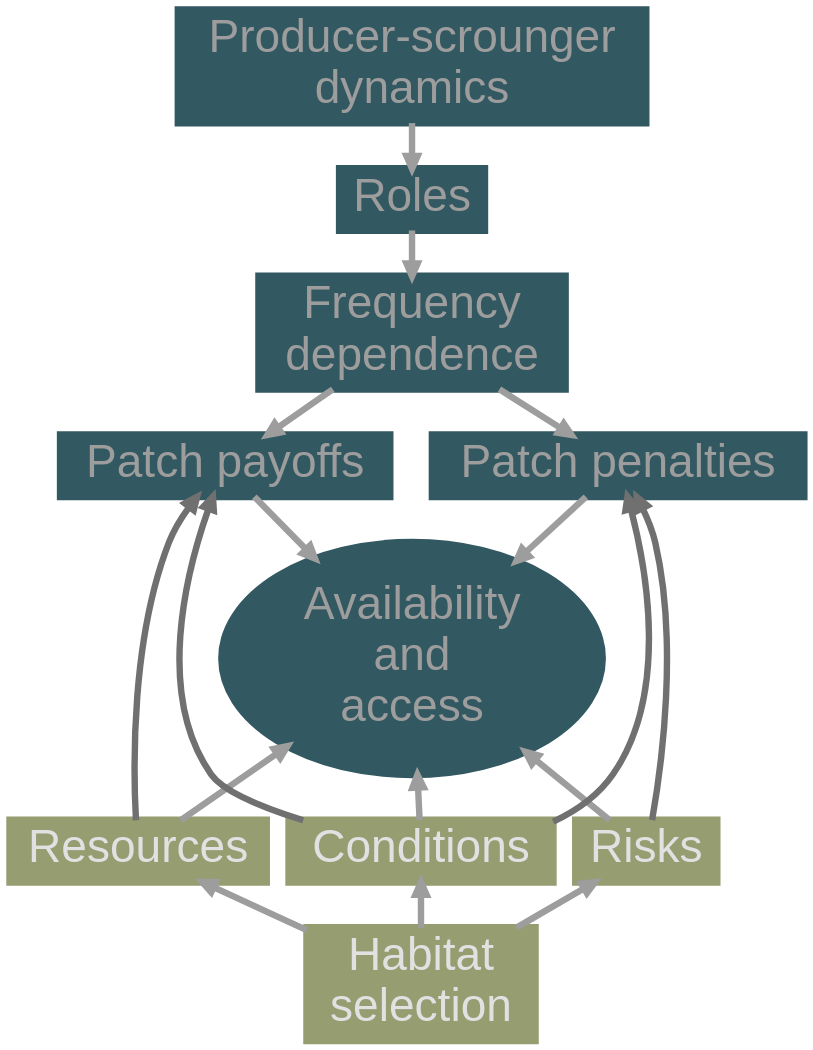
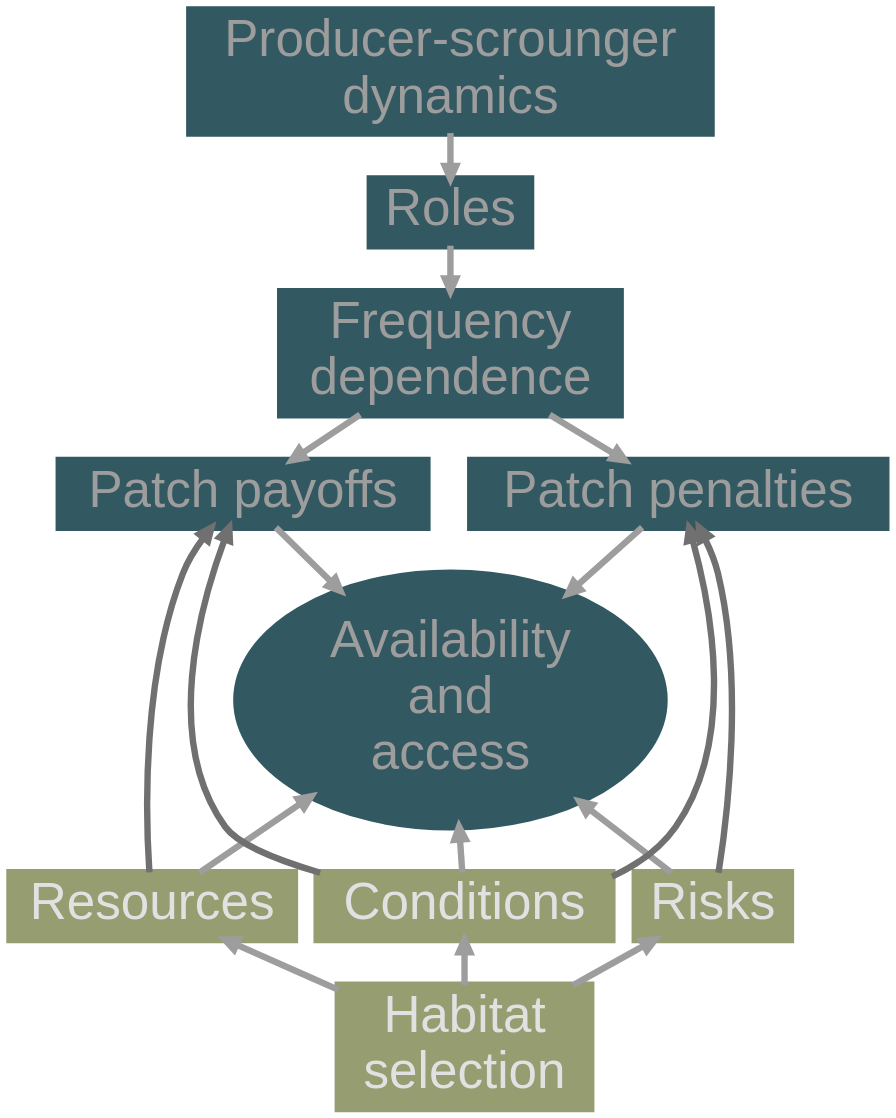
Before and after one commit to robitalec/comprehensive-exam: the sixth of 6 diagrams in slides/slides.qmd, drawn with Graphviz. The commit also changed other lines of this file, not shown here.

````diff
--- a/slides/slides.qmd
+++ b/slides/slides.qmd
@@ -284,28 +284,28 @@
 ```{dot}
-//| fig-width: 2.2
+//| fig-width: 3.5
 digraph habitat_and_producer {
   bgcolor = transparent;
   rankdir = TB
-	node [fontsize = 36, shape = box, fontname = Helvetica, fontcolor = "#9d9d9d", style = filled, color = "#325861", fillcolor = "#325861", penwidth = 6]
+	node [fontsize = 40, shape = box, fontname = Helvetica, fontcolor = "#9d9d9d", style = filled, color = "#325861", fillcolor = "#325861", penwidth = 6]
 	edge [penwidth = 5, color = "#9d9d9d"] 
 	Habitat [label = "Habitat\nselection", color = "#959D71", fillcolor = "#959D71", fontcolor = "#e1e1e1"]
 	Resources [color = "#959D71", fillcolor = "#959D71", fontcolor = "#e1e1e1"]
 	Conditions [color = "#959D71", fillcolor = "#959D71", fontcolor = "#e1e1e1"]
 	Risks [color = "#959D71", fillcolor = "#959D71", fontcolor = "#e1e1e1"]
 
     Roles []
 	access_avail [label = "Availability\nand\naccess", shape = ellipse]
 	ps_dyn [label = "Producer-scrounger\ndynamics"]
 	freq [label = "Frequency\ndependence"]
 	patch_penalties [label = "Patch penalties"]
 	patch_payoffs [label = "Patch payoffs"]
 
 	ps_dyn -> Roles -> freq -> {patch_penalties patch_payoffs}
 	{patch_penalties patch_payoffs} -> access_avail
 	access_avail -> {Resources Conditions Risks} [dir = back]
 	{patch_penalties} ->  Risks [color = "#707070", dir = back]
 	patch_payoffs -> Resources [color = "#707070", dir = back]
 	{patch_payoffs patch_penalties} -> Conditions [color = "#707070", dir = back]
 	{Resources Risks Conditions} -> Habitat [dir = back]
 }
 ```
````
